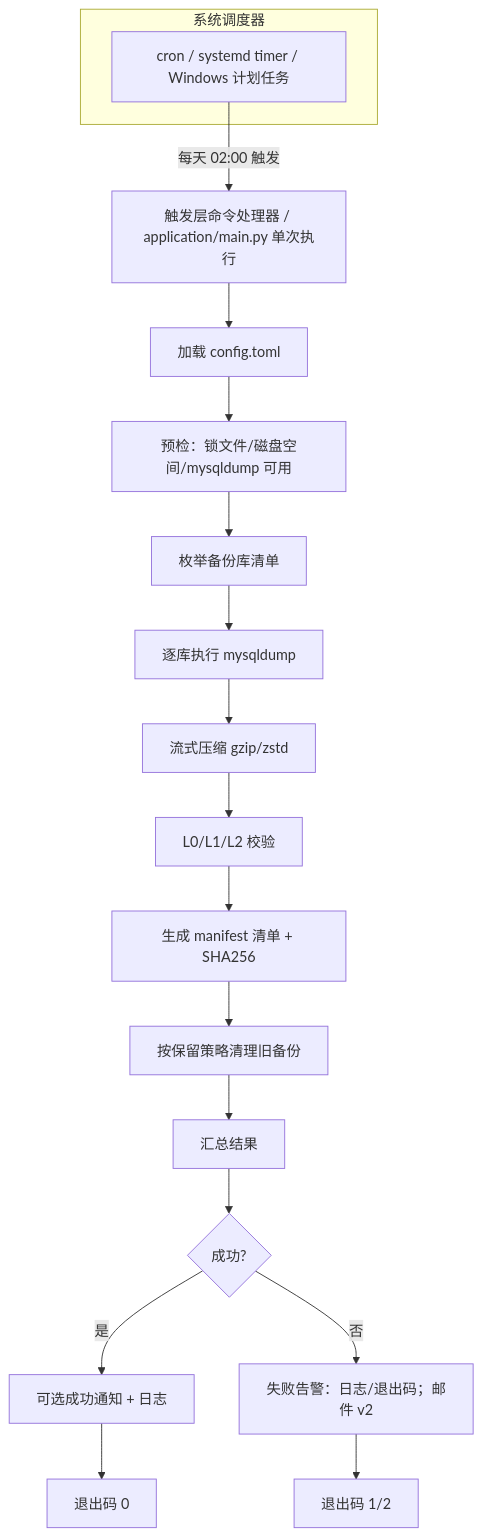
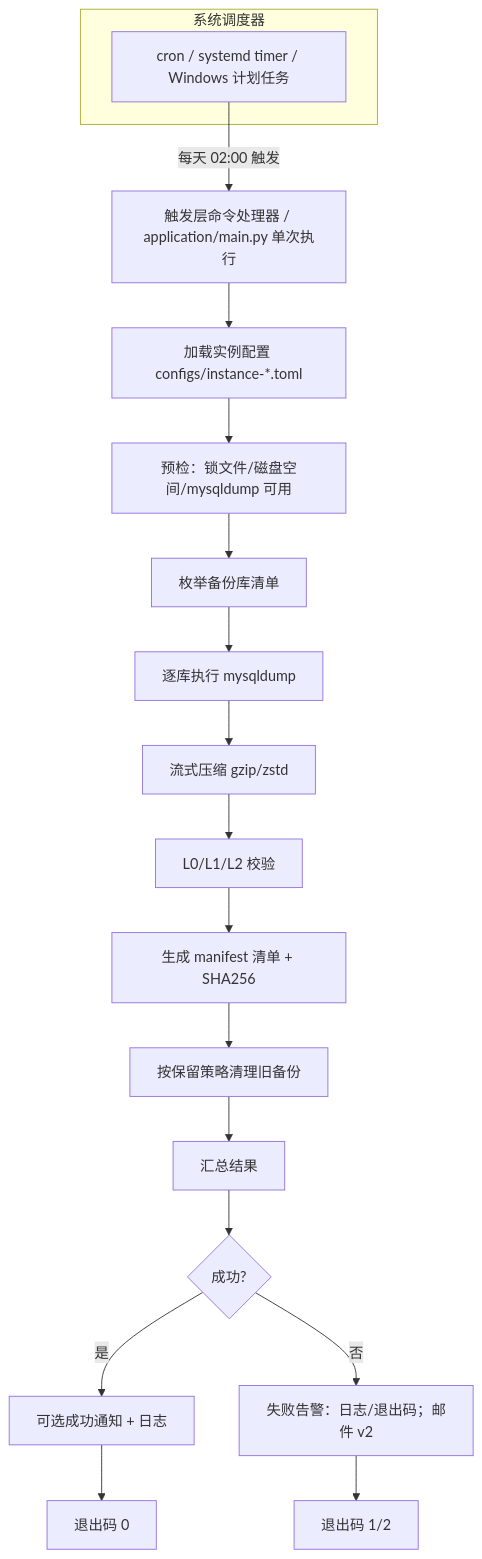
Before and after one commit to lingxiaolu-glitch/yxkj-mysql-daily-scheduled-backup: the first of 2 diagrams in docx/PRD.md, drawn with Mermaid. The commit also changed other lines of this file and 9 other files, not shown here.

````diff
--- a/docx/PRD.md
+++ b/docx/PRD.md
@@ -219,21 +219,21 @@
 ```mermaid
 flowchart TD
     subgraph Scheduler[系统调度器]
         A[cron / systemd timer / Windows 计划任务]
     end
     A -->|每天 02:00 触发| B[触发层命令处理器 / application/main.py 单次执行]
-    B --> C[加载 config.toml]
+    B --> C[加载实例配置 configs/instance-*.toml]
     C --> D[预检：锁文件/磁盘空间/mysqldump 可用]
     D --> E[枚举备份库清单]
     E --> F[逐库执行 mysqldump]
     F --> G[流式压缩 gzip/zstd]
     G --> H[L0/L1/L2 校验]
     H --> I[生成 manifest 清单 + SHA256]
     I --> J[按保留策略清理旧备份]
     J --> K[汇总结果]
     K --> L{成功?}
     L -->|是| M[可选成功通知 + 日志]
     L -->|否| N[失败告警：日志/退出码；邮件 v2]
     M --> O[退出码 0]
     N --> P[退出码 1/2]
 ```
````
